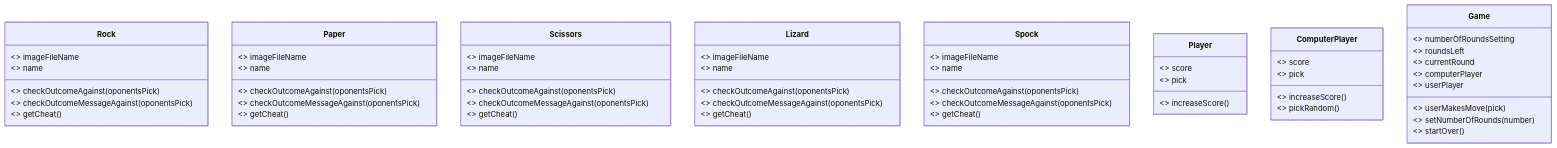
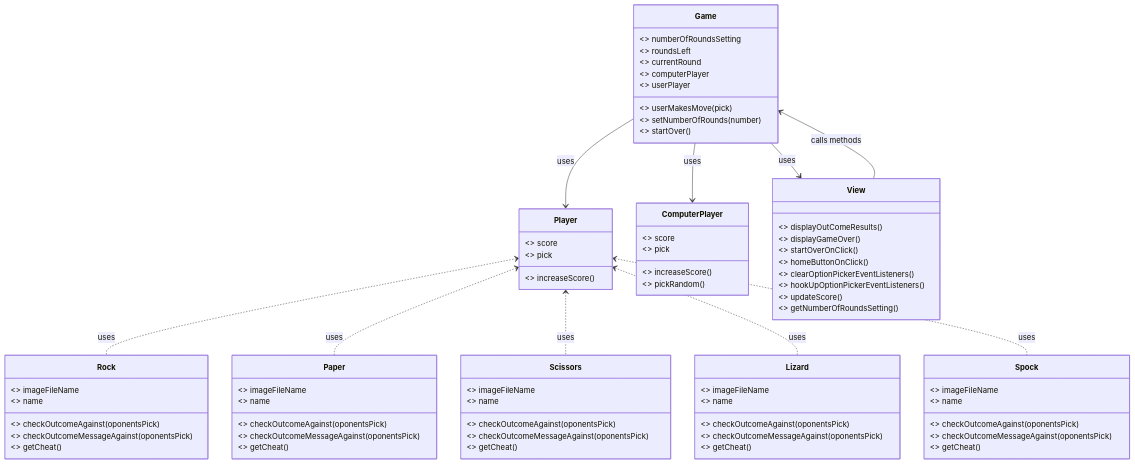
Before and after one commit to dimitri-edel/RPSLS-Game: the diagram in README.md, drawn with Mermaid.

Commit message:
Alter class diagram and add class View and relationships

````diff
--- a/README.md
+++ b/README.md
@@ -23,59 +23,78 @@
 ```mermaid
 classDiagram
     class Rock {
         <<static>> imageFileName
         <<static>> name
         <<static>> checkOutcomeAgainst(oponentsPick)
         <<static>> checkOutcomeMessageAgainst(oponentsPick)
         <<static>> getCheat()
     }
     class Paper {
         <<static>> imageFileName
         <<static>> name
         <<static>> checkOutcomeAgainst(oponentsPick)
         <<static>> checkOutcomeMessageAgainst(oponentsPick)
         <<static>> getCheat()
     }
     class Scissors {
         <<static>> imageFileName
         <<static>> name
         <<static>> checkOutcomeAgainst(oponentsPick)
         <<static>> checkOutcomeMessageAgainst(oponentsPick)
         <<static>> getCheat()
     }
     class Lizard {
         <<static>> imageFileName
         <<static>> name
         <<static>> checkOutcomeAgainst(oponentsPick)
         <<static>> checkOutcomeMessageAgainst(oponentsPick)
         <<static>> getCheat()
     }
     class Spock {
         <<static>> imageFileName
         <<static>> name
         <<static>> checkOutcomeAgainst(oponentsPick)
         <<static>> checkOutcomeMessageAgainst(oponentsPick)
         <<static>> getCheat()
     }
     class Player {
         <<static>> score
         <<static>> pick
         <<static>> increaseScore()
     }
     class ComputerPlayer {
         <<static>> score
         <<static>> pick
         <<static>> increaseScore()
         <<static>> pickRandom()
     }
     class Game {
         <<static>> numberOfRoundsSetting
         <<static>> roundsLeft
         <<static>> currentRound
         <<static>> computerPlayer
         <<static>> userPlayer
         <<static>> userMakesMove(pick)
         <<static>> setNumberOfRounds(number)
         <<static>> startOver()
     }
+    class View {
+        <<static>> displayOutComeResults()
+        <<static>> displayGameOver()
+        <<static>> startOverOnClick()
+        <<static>> homeButtonOnClick()
+        <<static>> clearOptionPickerEventListeners()
+        <<static>> hookUpOptionPickerEventListeners()
+        <<static>> updateScore()
+        <<static>> getNumberOfRoundsSetting()
+    }
+    Game --> Player : uses
+    Game --> ComputerPlayer : uses
+    Game --> View : uses
+    View --> Game : calls methods
+    Player <.. Rock : uses
+    Player <.. Paper : uses
+    Player <.. Scissors : uses
+    Player <.. Lizard : uses
+    Player <.. Spock : uses
 ```
````
